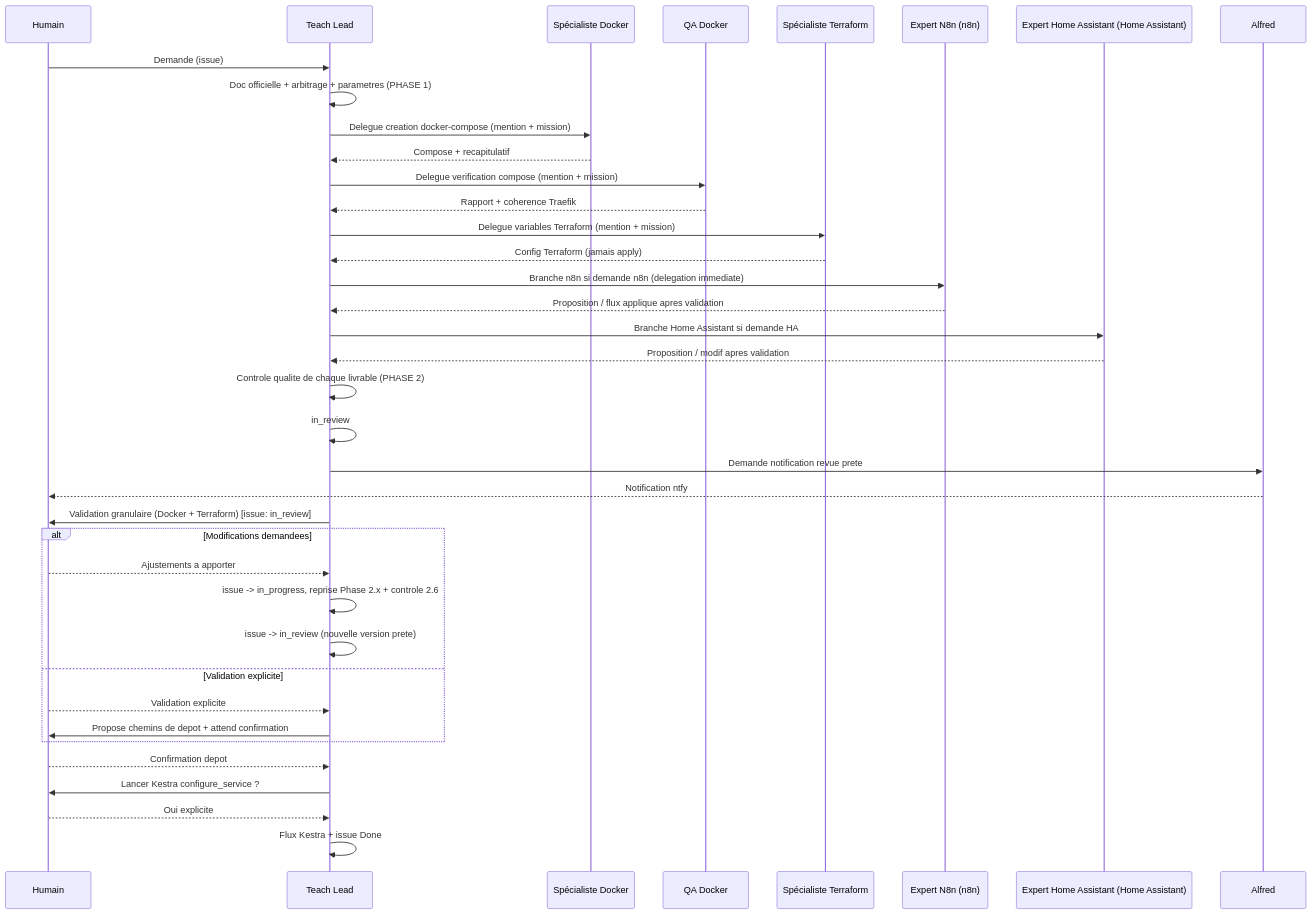
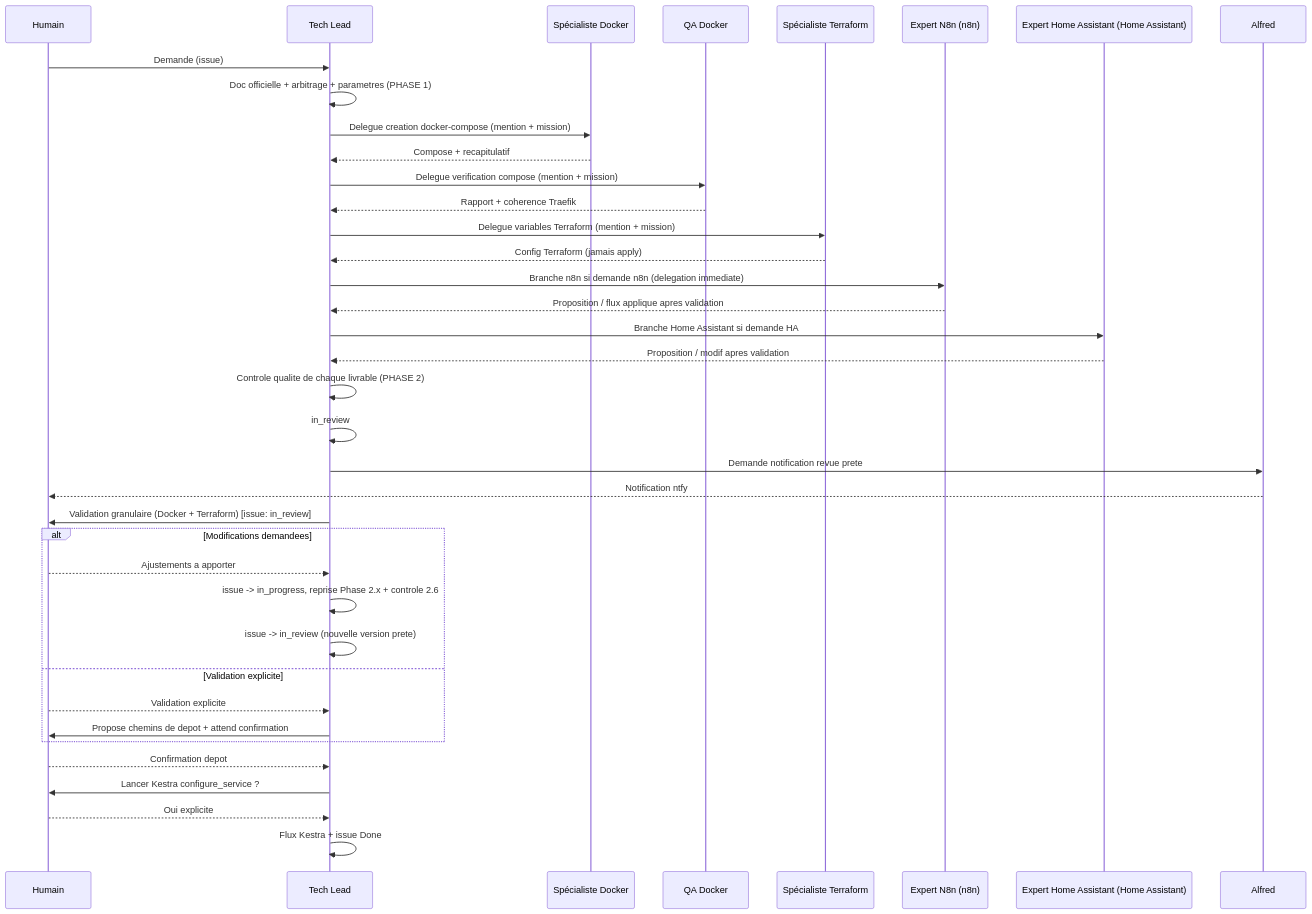
Before and after one commit to Gsyltc/homelab-portfolio: the second of 2 diagrams in docs/homelab-workflow.md, drawn with Mermaid. The commit also changed other lines of this file, not shown here.

First line of the commit message:
docs: corriger les fautes de frappe (Teach Lead -> Tech Lead, tavail -> travail)

````diff
--- a/docs/homelab-workflow.md
+++ b/docs/homelab-workflow.md
@@ -228,40 +228,40 @@
 ```mermaid
 sequenceDiagram
     participant H as Humain
-    participant S as Teach Lead
+    participant S as Tech Lead
     participant B as Spécialiste Docker
     participant K as QA Docker
     participant An as Spécialiste Terraform
     participant M as Expert N8n (n8n)
     participant Hu as Expert Home Assistant (Home Assistant)
     participant AL as Alfred
     H->>S: Demande (issue)
     S->>S: Doc officielle + arbitrage + parametres (PHASE 1)
     S->>B: Delegue creation docker-compose (mention + mission)
     B-->>S: Compose + recapitulatif
     S->>K: Delegue verification compose (mention + mission)
     K-->>S: Rapport + coherence Traefik
     S->>An: Delegue variables Terraform (mention + mission)
     An-->>S: Config Terraform (jamais apply)
     S->>M: Branche n8n si demande n8n (delegation immediate)
     M-->>S: Proposition / flux applique apres validation
     S->>Hu: Branche Home Assistant si demande HA
     Hu-->>S: Proposition / modif apres validation
     S->>S: Controle qualite de chaque livrable (PHASE 2)
     S->>S: in_review
     S->>AL: Demande notification revue prete
     AL-->>H: Notification ntfy
     S->>H: Validation granulaire (Docker + Terraform) [issue: in_review]
     alt Modifications demandees
         H-->>S: Ajustements a apporter
         S->>S: issue -> in_progress, reprise Phase 2.x + controle 2.6
         S->>S: issue -> in_review (nouvelle version prete)
     else Validation explicite
         H-->>S: Validation explicite
         S->>H: Propose chemins de depot + attend confirmation
     end
     H-->>S: Confirmation depot
     S->>H: Lancer Kestra configure_service ?
     H-->>S: Oui explicite
     S->>S: Flux Kestra + issue Done
 ```
````
